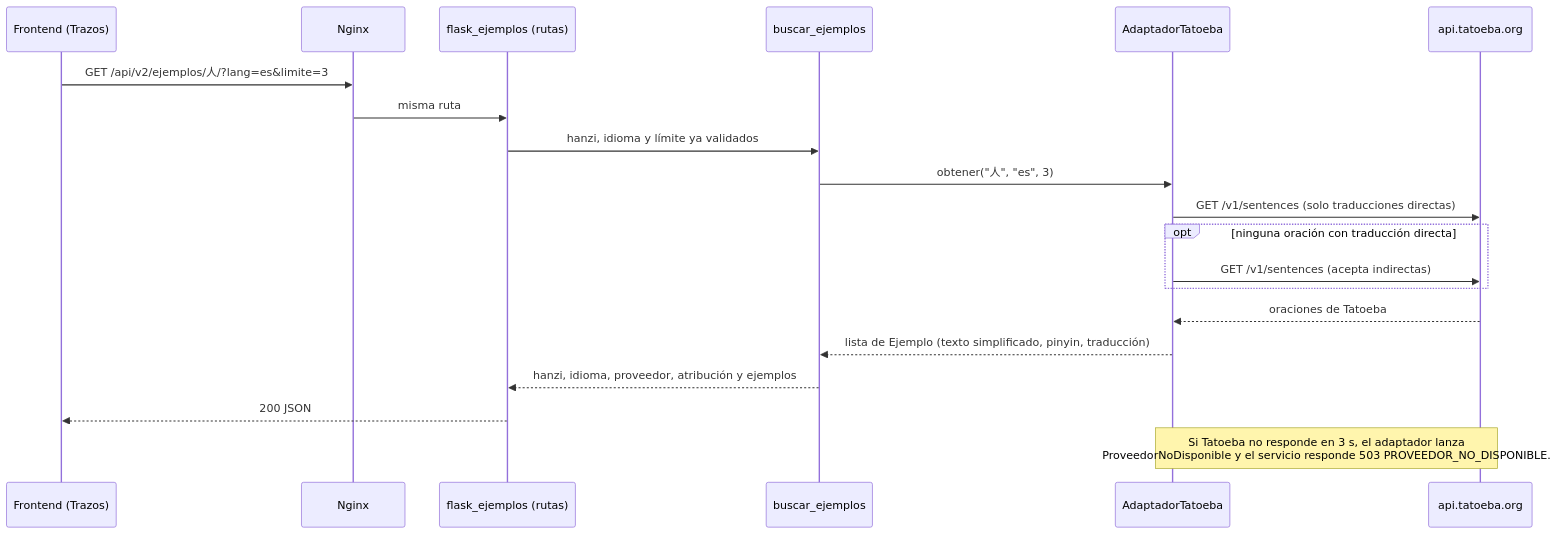
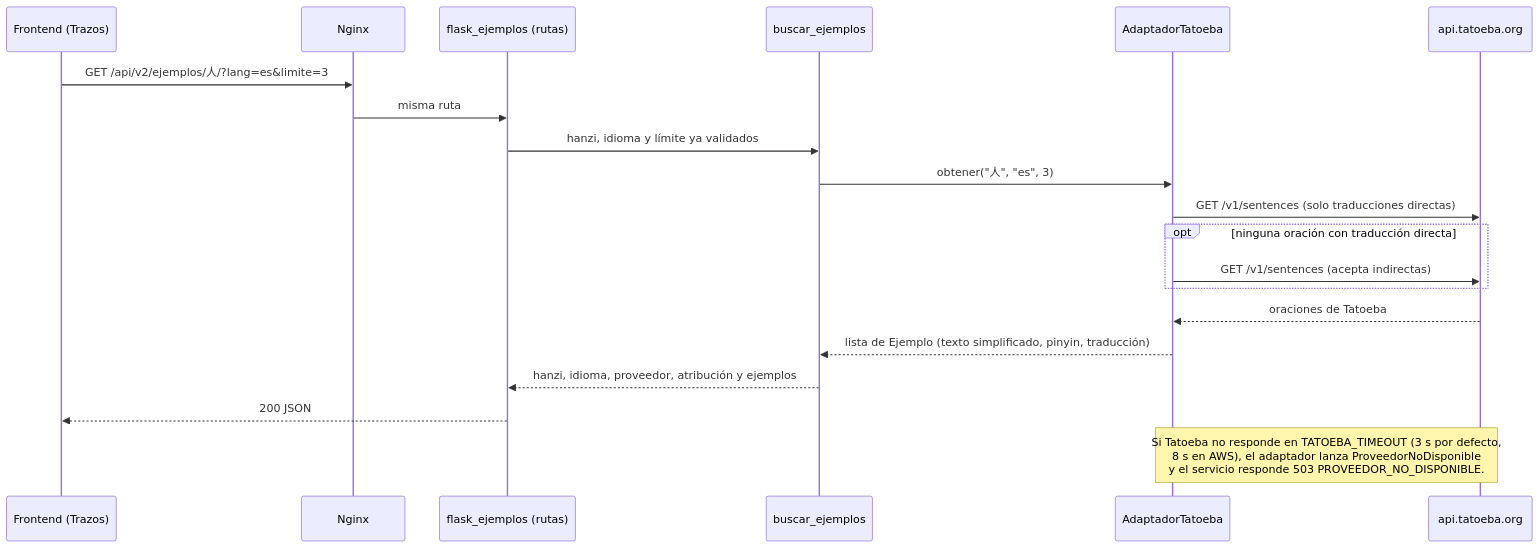
Before and after one commit to jalvarez01/HanZi-Mentor: the seventh of 9 diagrams in docs/wiki/Entrega-II.md, drawn with Mermaid. The commit also changed other lines of this file, not shown here.

````diff
--- a/docs/wiki/Entrega-II.md
+++ b/docs/wiki/Entrega-II.md
@@ -418,24 +430,24 @@
 ```mermaid
 sequenceDiagram
     participant F as Frontend (Trazos)
     participant N as Nginx
     participant R as flask_ejemplos (rutas)
     participant S as buscar_ejemplos
     participant A as AdaptadorTatoeba
     participant T as api.tatoeba.org
-
+ 
     F->>N: GET /api/v2/ejemplos/人/?lang=es&limite=3
     N->>R: misma ruta
     R->>S: hanzi, idioma y límite ya validados
     S->>A: obtener("人", "es", 3)
     A->>T: GET /v1/sentences (solo traducciones directas)
     opt ninguna oración con traducción directa
         A->>T: GET /v1/sentences (acepta indirectas)
     end
     T-->>A: oraciones de Tatoeba
     A-->>S: lista de Ejemplo (texto simplificado, pinyin, traducción)
     S-->>R: hanzi, idioma, proveedor, atribución y ejemplos
     R-->>F: 200 JSON
-
-    Note over A,T: Si Tatoeba no responde en 3 s, el adaptador lanza<br/>ProveedorNoDisponible y el servicio responde 503 PROVEEDOR_NO_DISPONIBLE.
+ 
+    Note over A,T: Si Tatoeba no responde en TATOEBA_TIMEOUT (3 s por defecto,<br/>8 s en AWS), el adaptador lanza ProveedorNoDisponible<br/>y el servicio responde 503 PROVEEDOR_NO_DISPONIBLE.
 ```
````
